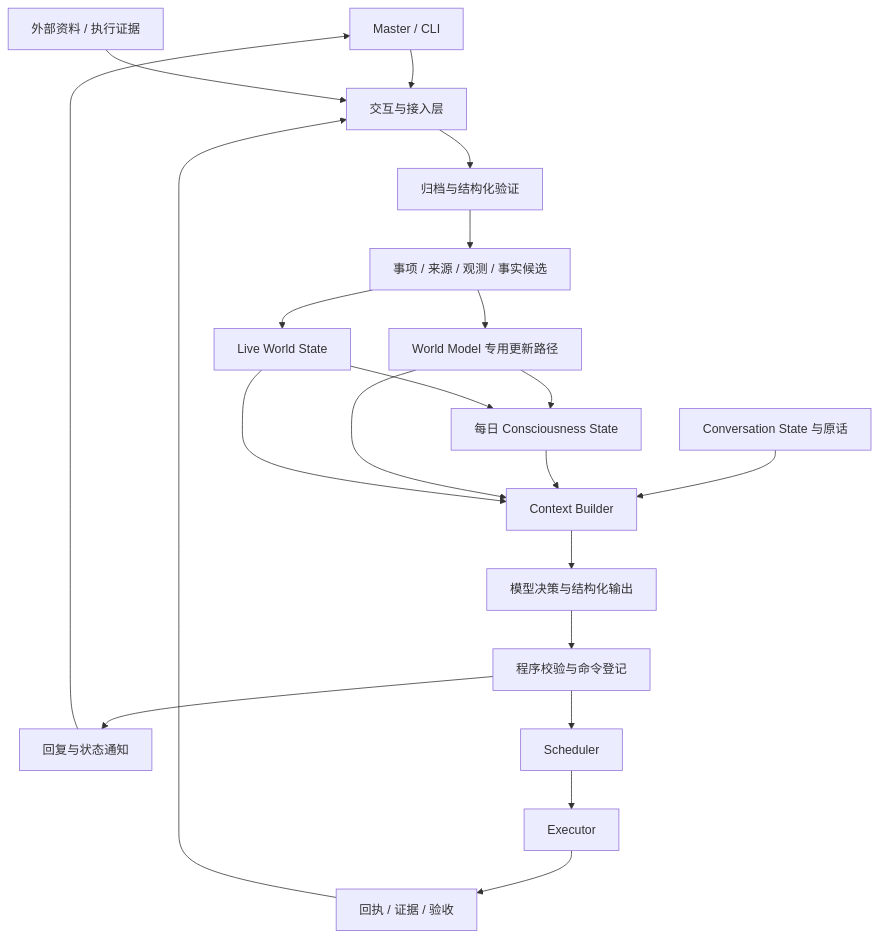
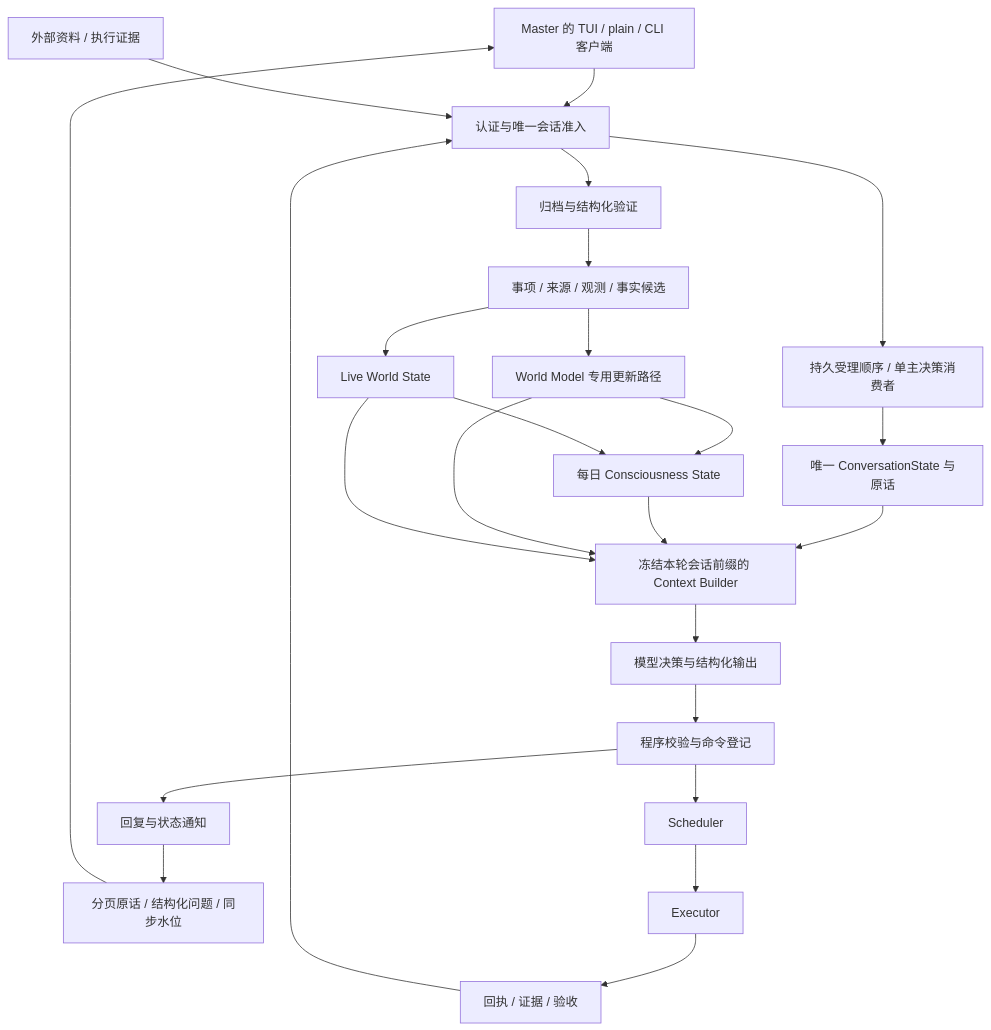
One commit to ExplodeCode6324/Secretary_Simplified changed the diagram in docs/design.md. Above: the diagram before and after it, drawn with Mermaid. The commit also changed other lines of this file and 149 other files, not shown here.

Commit message:
Implement single authoritative conversation and nonblocking TUI

````diff
--- a/docs/design.md
+++ b/docs/design.md
@@ -29,23 +29,26 @@
 ```mermaid
 flowchart TD
-  M[Master / CLI] --> I[交互与接入层]
+  M[Master 的 TUI / plain / CLI 客户端] --> I[认证与唯一会话准入]
+  I --> Q[持久受理顺序 / 单主决策消费者]
+  Q --> H[唯一 ConversationState 与原话]
   X[外部资料 / 执行证据] --> I
   I --> A[归档与结构化验证]
   A --> B[事项 / 来源 / 观测 / 事实候选]
   B --> W[World Model 专用更新路径]
   B --> L[Live World State]
   W --> C[每日 Consciousness State]
   L --> C
-  H[Conversation State 与原话] --> K[Context Builder]
+  H --> K[冻结本轮会话前缀的 Context Builder]
   C --> K
   W --> K
   L --> K
   K --> D[模型决策与结构化输出]
   D --> G[程序校验与命令登记]
   G --> R[回复与状态通知]
-  R --> M
+  R --> Sync[分页原话 / 结构化问题 / 同步水位]
+  Sync --> M
   G --> S[Scheduler]
   S --> E[Executor]
   E --> V[回执 / 证据 / 验收]
   V --> I
 ```
````
